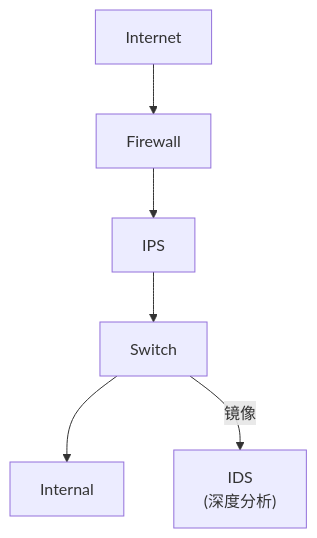
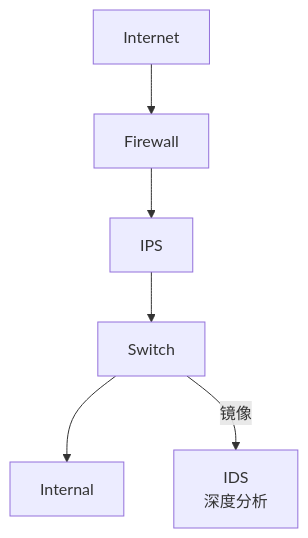
The fourth of 7 diagrams in content/articles/security/sec-07-深度包检测与入侵检测系统.md (jpixy/jpixy.github.io), drawn with Mermaid before and after one commit. The commit also changed other lines of this file and 66 other files, not shown here.

Commit message:
fix: resolve Mermaid syntax errors by removing parentheses in node labels

````diff
--- a/content/articles/security/sec-07-深度包检测与入侵检测系统.md
+++ b/content/articles/security/sec-07-深度包检测与入侵检测系统.md
@@ -78,5 +78,5 @@
 ```mermaid
 graph TB
     INT[Internet] --> FW[Firewall] --> IPS[IPS] --> SW[Switch] --> INTERNAL[Internal]
-    SW -->|镜像| IDS["IDS<br>(深度分析)"]
+    SW -->|镜像| IDS["IDS<br>深度分析"]
 ```
````
